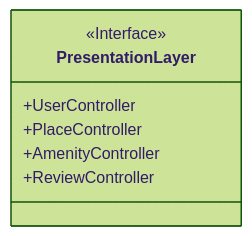
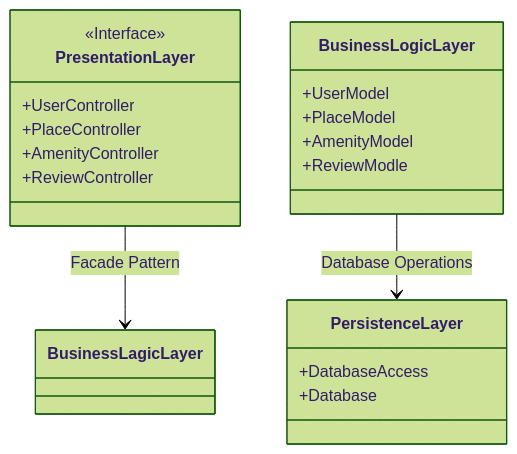
The diagram in part1/task1.mmd (JoshuaRivera12/holbertonschool-HBnB), drawn with Mermaid (forest theme) before and after one commit.

Commit message:
task one

```diff
--- a/part1/task1.mmd
+++ b/part1/task1.mmd
@@ -1,8 +1,23 @@
 classDiagram
   class PresentationLayer {
   <<Interface>>
   +UserController
   +PlaceController
   +AmenityController
   +ReviewController
 }
+
+  class BusinessLogicLayer {
+  +UserModel
+  +PlaceModel
+  +AmenityModel
+  +ReviewModle
+}
+
+  class PersistenceLayer {
+  +DatabaseAccess
+  +Database
+}
+
+PresentationLayer --> BusinessLagicLayer : Facade Pattern
+BusinessLogicLayer --> PersistenceLayer : Database Operations
```
